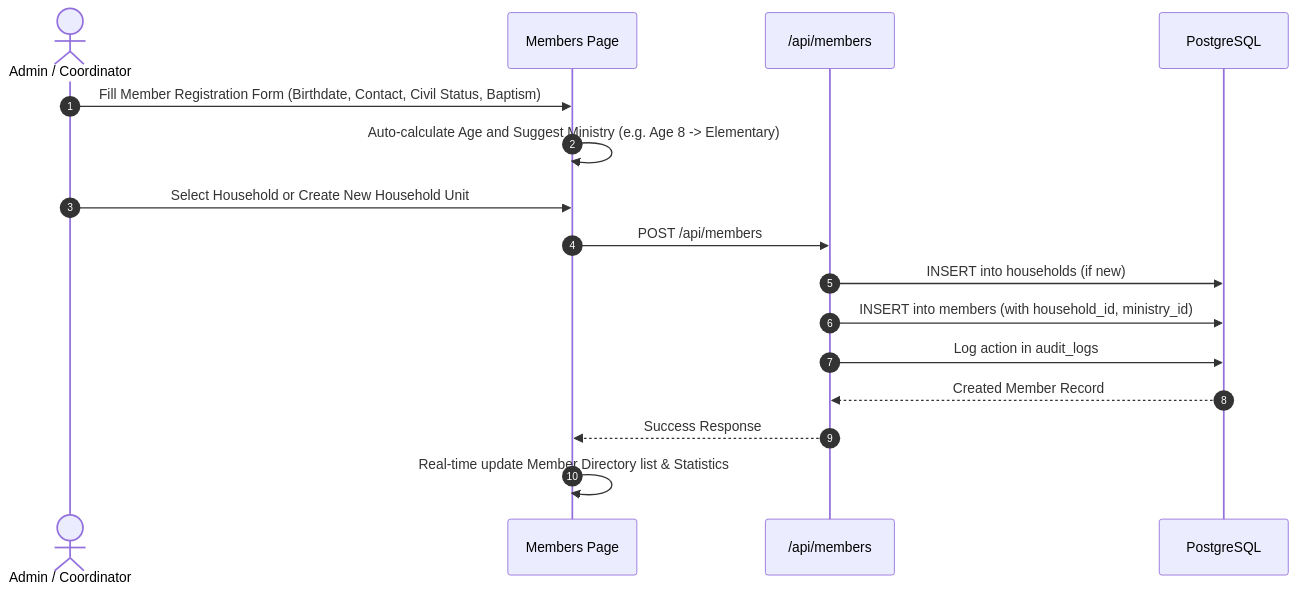
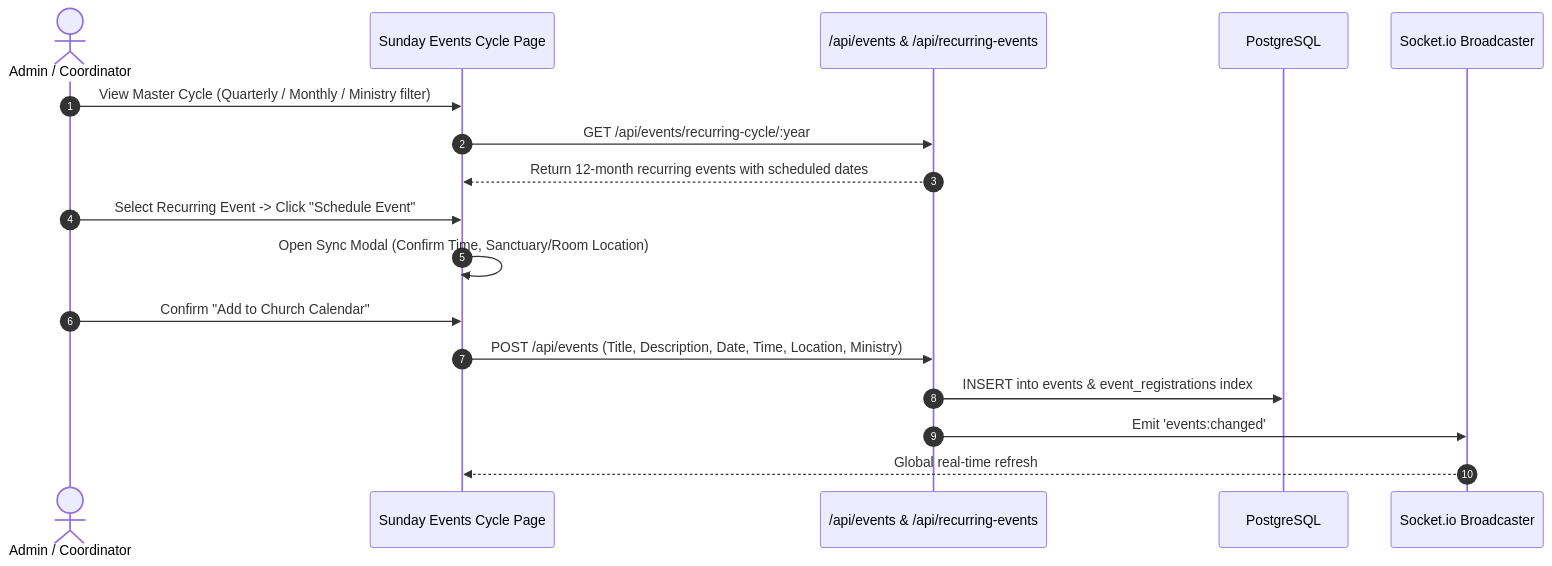
One commit to Isapolloo08/DPC_ManagementSystem changed the fourth of 11 diagrams in SYSTEM_WORKFLOW.md. Above: the diagram before and after it, drawn with Mermaid. The commit also changed other lines of this file and 161 other files, not shown here.

````diff
--- a/SYSTEM_WORKFLOW.md
+++ b/SYSTEM_WORKFLOW.md
@@ -145,19 +187,21 @@
 ```mermaid
 sequenceDiagram
     autonumber
     actor Admin as Admin / Coordinator
-    participant Client as Members Page
-    participant MemberAPI as /api/members
+    participant UI as Sunday Events Cycle Page
+    participant EventsAPI as /api/events & /api/recurring-events
     participant DB as PostgreSQL
+    participant Socket as Socket.io Broadcaster
 
-    Admin->>Client: Fill Member Registration Form (Birthdate, Contact, Civil Status, Baptism)
-    Client->>Client: Auto-calculate Age and Suggest Ministry (e.g. Age 8 -> Elementary)
-    Admin->>Client: Select Household or Create New Household Unit
-    Client->>MemberAPI: POST /api/members
-    MemberAPI->>DB: INSERT into households (if new)
-    MemberAPI->>DB: INSERT into members (with household_id, ministry_id)
-    MemberAPI->>DB: Log action in audit_logs
-    DB-->>MemberAPI: Created Member Record
-    MemberAPI-->>Client: Success Response
-    Client->>Client: Real-time update Member Directory list & Statistics
+    Admin->>UI: View Master Cycle (Quarterly / Monthly / Ministry filter)
+    UI->>EventsAPI: GET /api/events/recurring-cycle/:year
+    EventsAPI-->>UI: Return 12-month recurring events with scheduled dates
+
+    Admin->>UI: Select Recurring Event -> Click "Schedule Event"
+    UI->>UI: Open Sync Modal (Confirm Time, Sanctuary/Room Location)
+    Admin->>UI: Confirm "Add to Church Calendar"
+    UI->>EventsAPI: POST /api/events (Title, Description, Date, Time, Location, Ministry)
+    EventsAPI->>DB: INSERT into events & event_registrations index
+    EventsAPI->>Socket: Emit 'events:changed'
+    Socket-->>UI: Global real-time refresh
 ```
````
